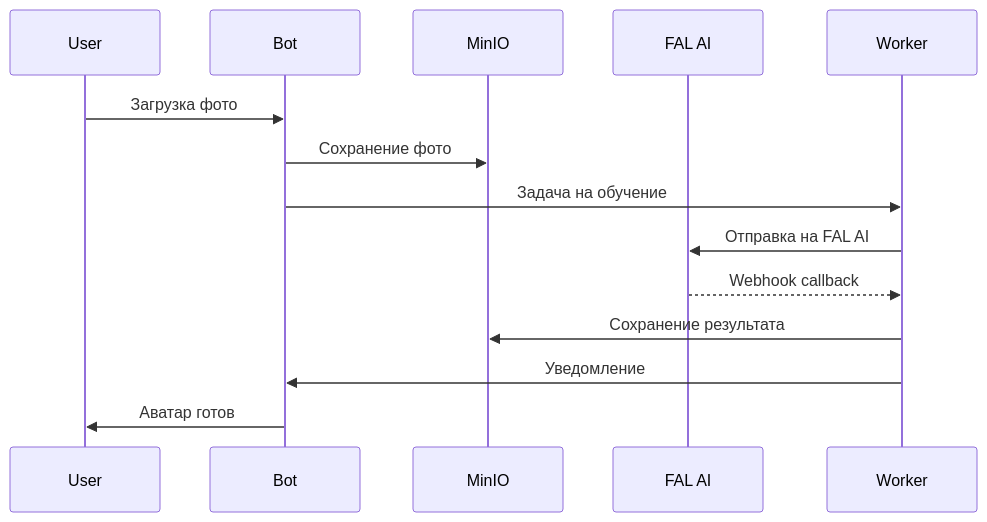
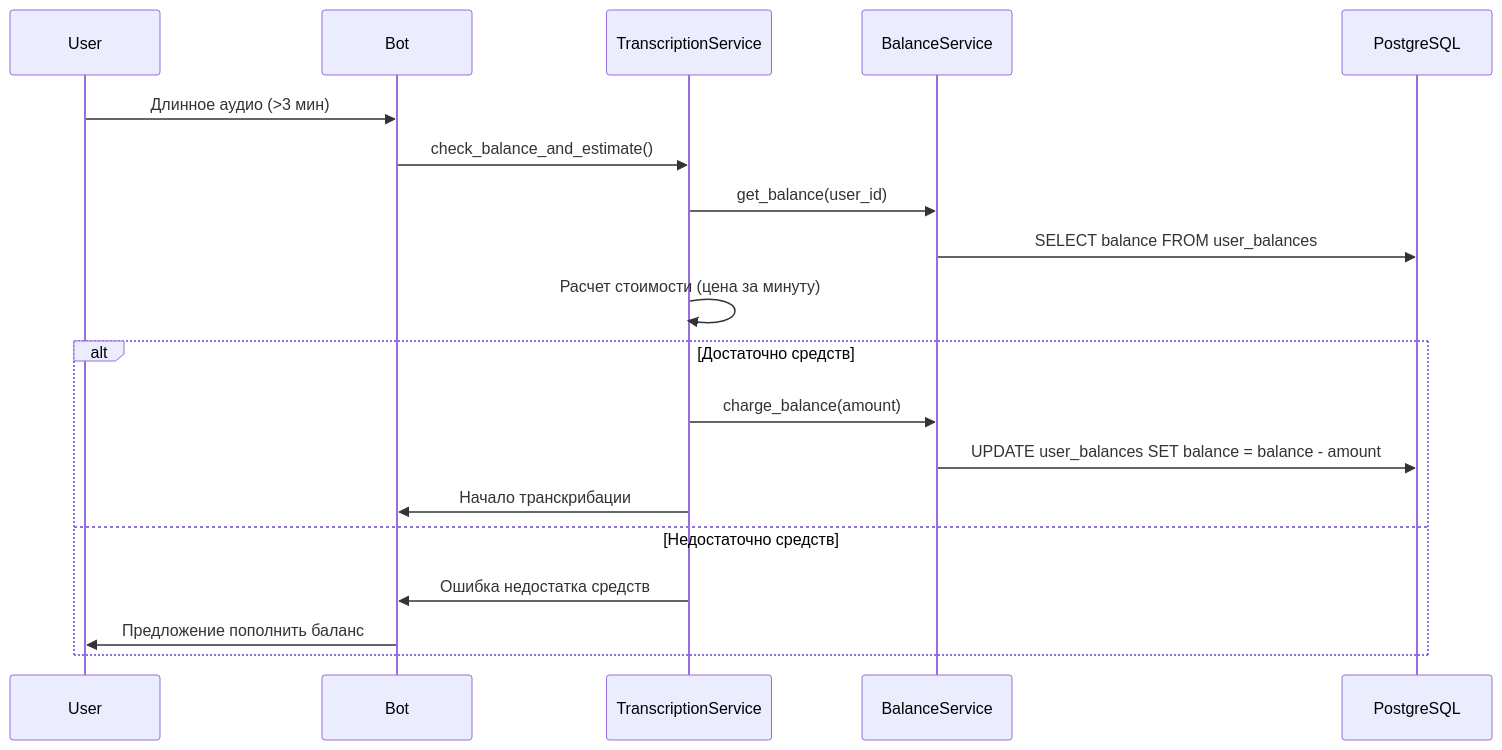
The second of 3 diagrams in docs/architecture.md (sergeyshmagin/Aisha_bot_new), drawn with Mermaid before and after one commit. The commit also changed other lines of this file and 24 other files, not shown here.

````diff
--- a/docs/architecture.md
+++ b/docs/architecture.md
@@ -159,17 +120,23 @@
 ```mermaid
 sequenceDiagram
     participant U as User
     participant B as Bot
-    participant M as MinIO
-    participant F as FAL AI
-    participant W as Worker
+    participant TS as TranscriptionService
+    participant BS as BalanceService
+    participant DB as PostgreSQL
     
-    U->>B: Загрузка фото
-    B->>M: Сохранение фото
-    B->>W: Задача на обучение
-    W->>F: Отправка на FAL AI
-    F-->>W: Webhook callback
-    W->>M: Сохранение результата
-    W->>B: Уведомление
-    B->>U: Аватар готов
+    U->>B: Длинное аудио (>3 мин)
+    B->>TS: check_balance_and_estimate()
+    TS->>BS: get_balance(user_id)
+    BS->>DB: SELECT balance FROM user_balances
+    TS->>TS: Расчет стоимости (цена за минуту)
+    
+    alt Достаточно средств
+        TS->>BS: charge_balance(amount)
+        BS->>DB: UPDATE user_balances SET balance = balance - amount
+        TS->>B: Начало транскрибации
+    else Недостаточно средств
+        TS->>B: Ошибка недостатка средств
+        B->>U: Предложение пополнить баланс
+    end
 ```
````
